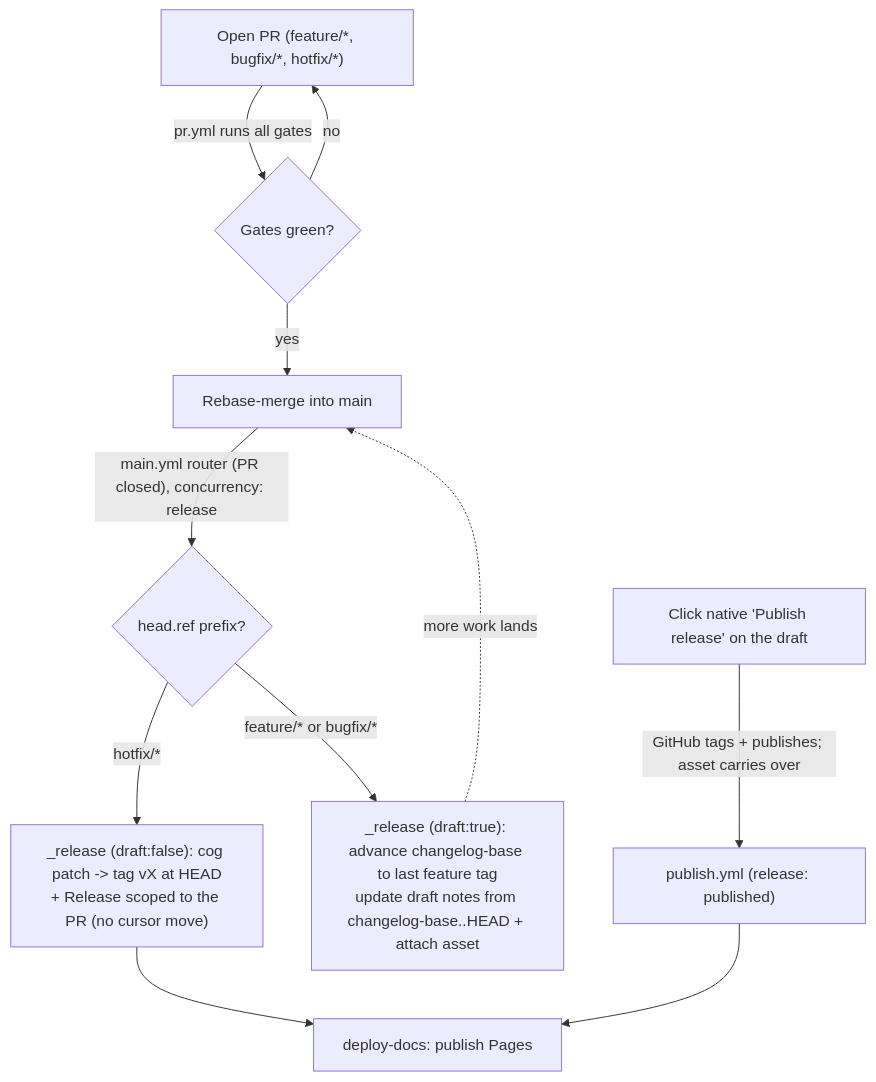
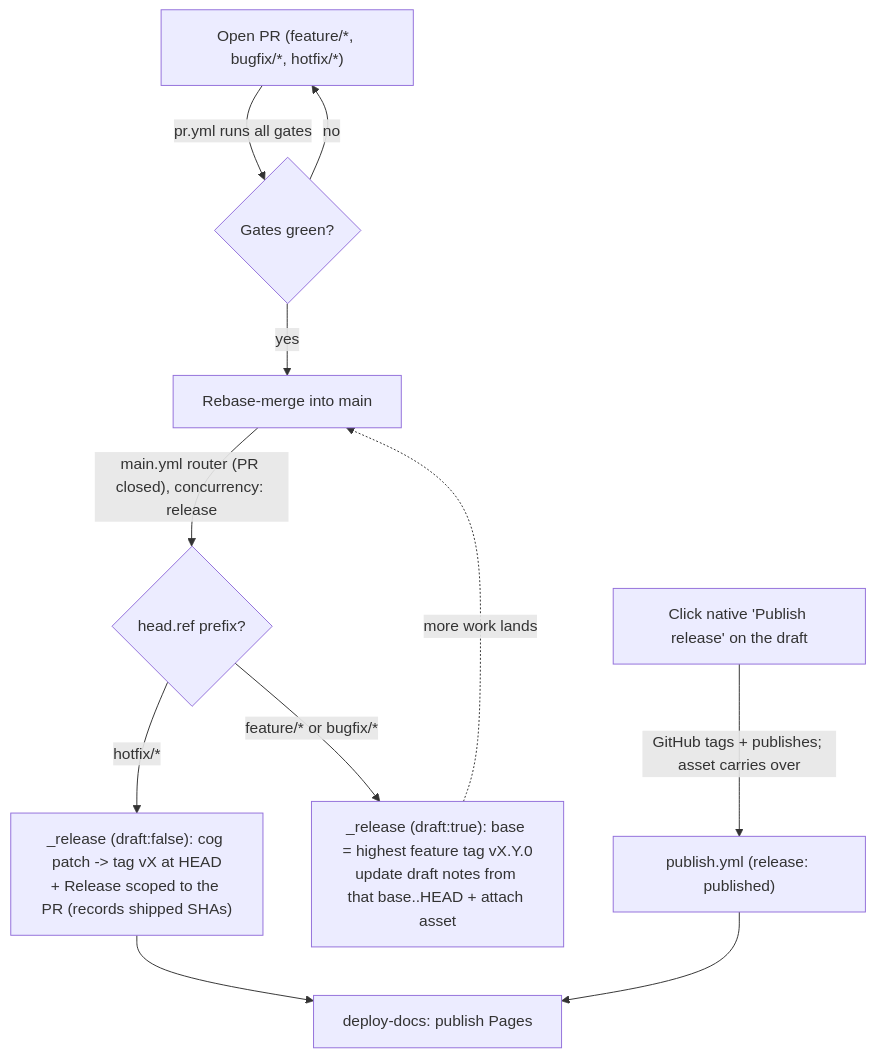
The diagram in .agents/docs/adr/0010-ci-cd-strategy.md (IsaacIsrael/cli-setup), drawn with Mermaid before and after one commit. The commit also changed other lines of this file and 1 other file, not shown here.

First line of the commit message:
docs(adr): record the tag-sourced release model

````diff
--- a/.agents/docs/adr/0010-ci-cd-strategy.md
+++ b/.agents/docs/adr/0010-ci-cd-strategy.md
@@ -93,13 +93,13 @@
 ```mermaid
 flowchart TD
     A["Open PR (feature/*, bugfix/*, hotfix/*)"] -->|pr.yml runs all gates| B{Gates green?}
     B -- no --> A
     B -- yes --> C["Rebase-merge into main"]
     C -->|"main.yml router (PR closed), concurrency: release"| R{"head.ref prefix?"}
-    R -- "hotfix/*" --> HF["_release (draft:false): cog patch -> tag vX at HEAD<br/>+ Release scoped to the PR (no cursor move)"]
+    R -- "hotfix/*" --> HF["_release (draft:false): cog patch -> tag vX at HEAD<br/>+ Release scoped to the PR (records shipped SHAs)"]
     HF --> J["deploy-docs: publish Pages"]
-    R -- "feature/* or bugfix/*" --> D["_release (draft:true): advance changelog-base to last feature tag<br/>update draft notes from changelog-base..HEAD + attach asset"]
+    R -- "feature/* or bugfix/*" --> D["_release (draft:true): base = highest feature tag vX.Y.0<br/>update draft notes from that base..HEAD + attach asset"]
     D -.->|more work lands| C
     F["Click native 'Publish release' on the draft"] -->|"GitHub tags + publishes; asset carries over"| P["publish.yml (release: published)"]
     P --> J
 ```
````
